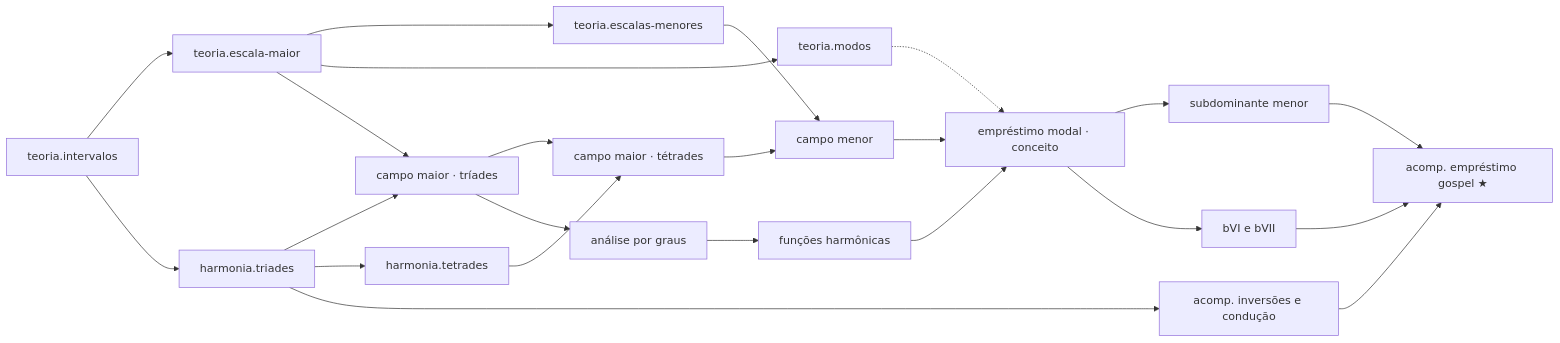
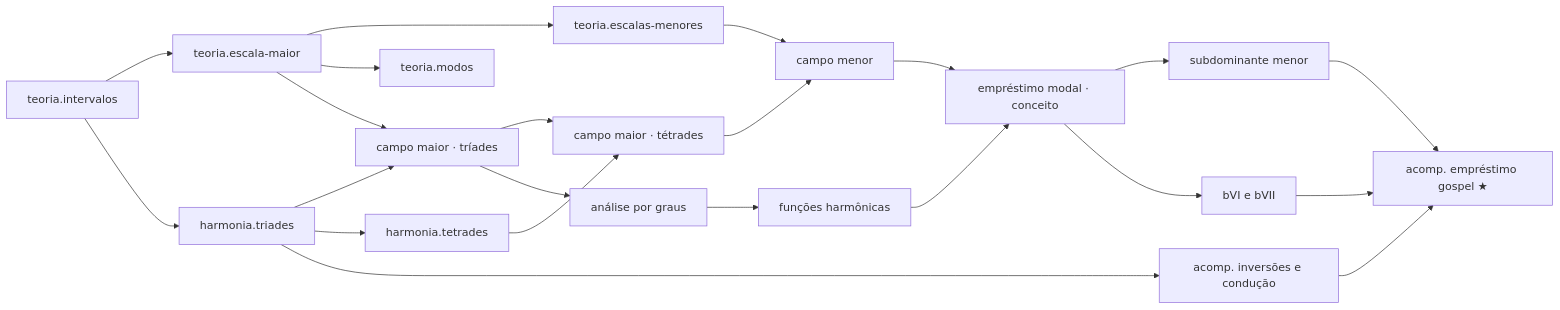
Before and after one commit to gabrielescorelguerra/keypath: the diagram in docs/plano-fatia-harmonia.md, drawn with Mermaid. The commit also changed other lines of this file and 4 other files, not shown here.

````diff
--- a/docs/plano-fatia-harmonia.md
+++ b/docs/plano-fatia-harmonia.md
@@ -32,25 +32,24 @@
 ```mermaid
 graph LR
     INT[teoria.intervalos] --> EM[teoria.escala-maior]
     EM --> EMN[teoria.escalas-menores]
     EM --> MOD[teoria.modos]
     INT --> TRI[harmonia.triades]
     TRI --> CHT[campo maior · tríades]
     EM --> CHT
     TRI --> TET[harmonia.tetrades]
     CHT --> CH7[campo maior · tétrades]
     TET --> CH7
     CHT --> AG[análise por graus]
     AG --> FUN[funções harmônicas]
     EMN --> CHM[campo menor]
     CH7 --> CHM
     CHM --> EMP[empréstimo modal · conceito]
     FUN --> EMP
-    MOD -.-> EMP
     EMP --> SDM[subdominante menor]
     EMP --> B67[bVI e bVII]
     TRI --> INV[acomp. inversões e condução]
     SDM --> GOS[acomp. empréstimo gospel ★]
     B67 --> GOS
     INV --> GOS
 ```
````
